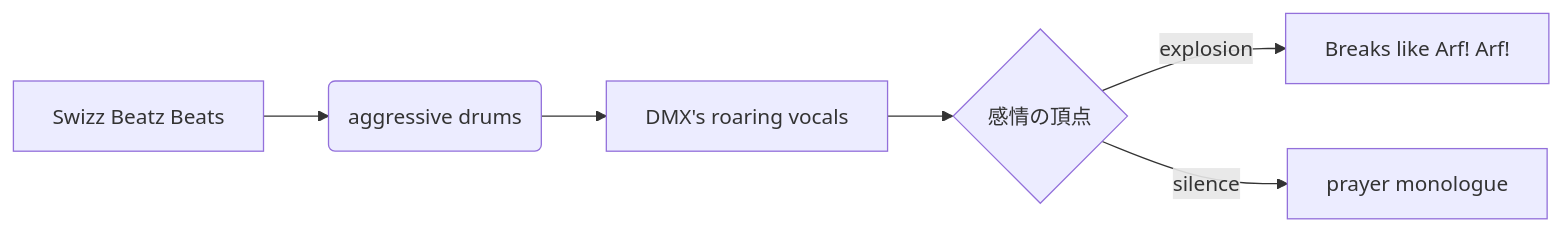
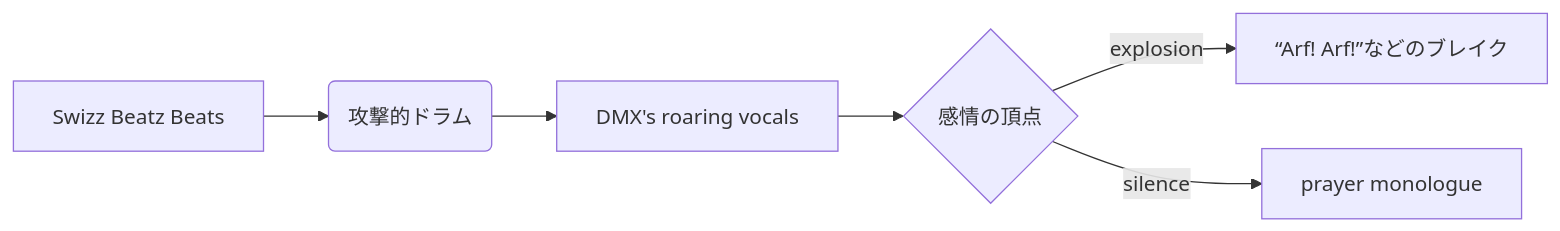
One commit to monumental-movement/monumental-movement.github.io changed the third of 3 diagrams in en/_posts/2025-10-29-column-dmx.md. Above: the diagram before and after it, drawn with Mermaid. The commit also changed other lines of this file and 1012 other files, not shown here.

```diff
--- a/en/_posts/2025-10-29-column-dmx.md
+++ b/en/_posts/2025-10-29-column-dmx.md
@@ -243,10 +243,10 @@
 <div class="mermaid">
 
 graph LR
-A[Swizz Beatz Beats] --> B(aggressive drums)
+A[Swizz Beatz Beats] --> B(攻撃的ドラム)
 B --> C[DMX's roaring vocals]
 C --> D{感情の頂点}
-D -->|explosion| E["Breaks like "Arf! Arf!""]
+D -->|explosion| E["“Arf! Arf!”などのブレイク"]
 D -->|silence| F[prayer monologue]
 
 </div>
```
